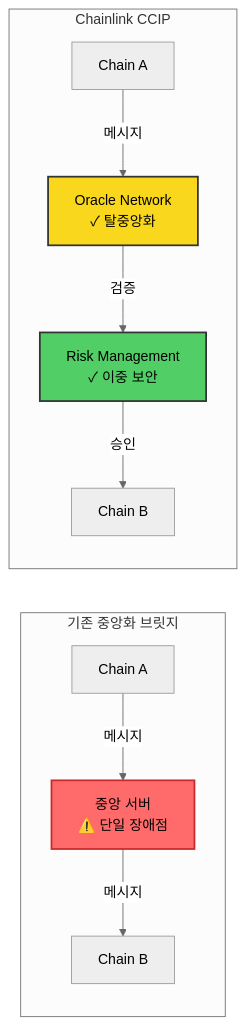
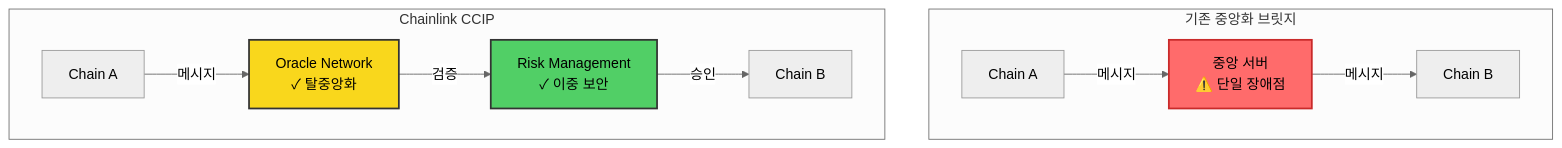
One commit to monad-developers/monad-blitz-seoul changed the fifth of 8 diagrams in PRESENTATION.md. Above: the diagram before and after it, drawn with Mermaid (neutral theme). The commit also changed other lines of this file and 2 other files, not shown here.

````diff
--- a/PRESENTATION.md
+++ b/PRESENTATION.md
@@ -437,16 +420,23 @@
 ```mermaid
-graph LR
+graph TB
     subgraph "기존 중앙화 브릿지"
-        A1[Chain A] -->|메시지| B1[중앙 서버<br/>⚠️ 단일 장애점]
-        B1 -->|메시지| C1[Chain B]
+        A1[Chain A]
+        B1[중앙 서버<br/>⚠️ 단일 장애점]
+        C1[Chain B]
+        A1 -->|메시지| B1
+        B1 -->|메시지| C1
         style B1 fill:#ff6b6b,stroke:#c92a2a,stroke-width:2px
     end
 
     subgraph "Chainlink CCIP"
-        A2[Chain A] -->|메시지| B2[Oracle Network<br/>✓ 탈중앙화]
-        B2 -->|검증| D2[Risk Management<br/>✓ 이중 보안]
-        D2 -->|승인| C2[Chain B]
+        A2[Chain A]
+        B2[Oracle Network<br/>✓ 탈중앙화]
+        D2[Risk Management<br/>✓ 이중 보안]
+        C2[Chain B]
+        A2 -->|메시지| B2
+        B2 -->|검증| D2
+        D2 -->|승인| C2
         style B2 fill:#f9d71c,stroke:#333,stroke-width:2px
         style D2 fill:#51cf66,stroke:#333,stroke-width:2px
     end
 ```
````
